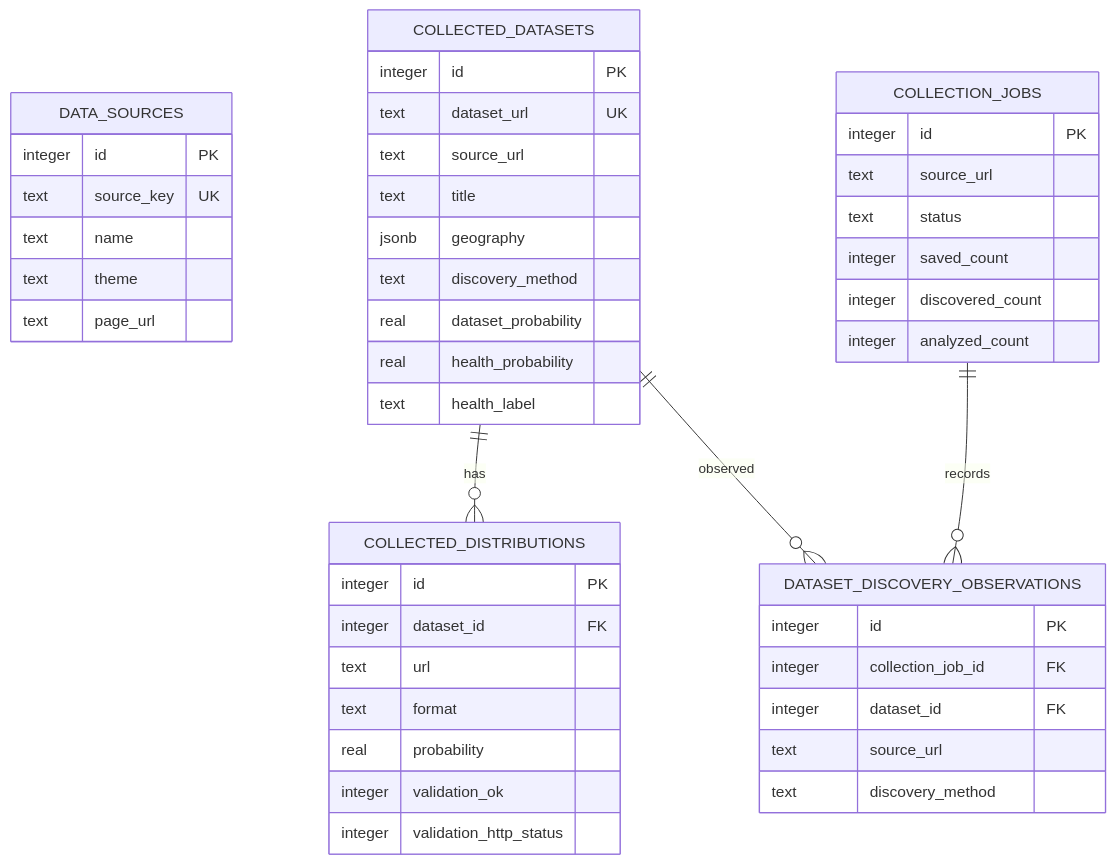
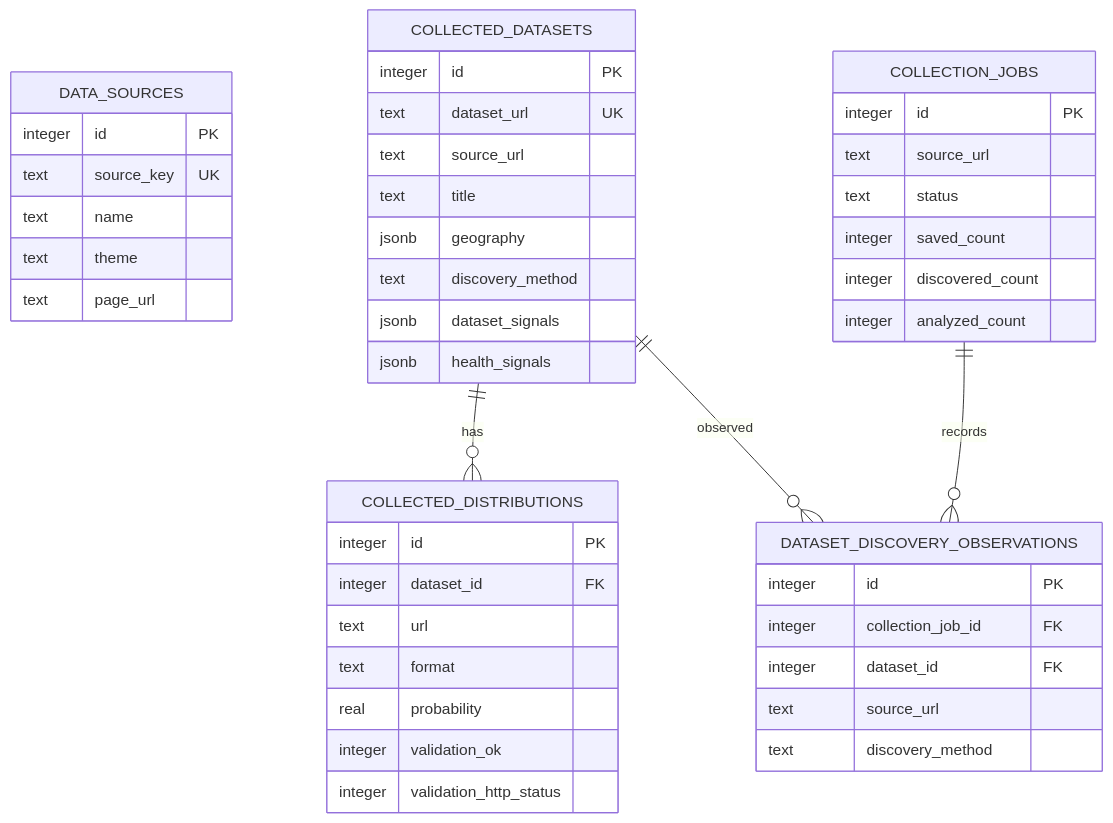
Before and after one commit to nicolasberlin/global-health-dataset-catalog: the ninth of 9 diagrams in docs/technical-design-document.md, drawn with Mermaid. The commit also changed other lines of this file and 48 other files, not shown here.

````diff
--- a/docs/technical-design-document.md
+++ b/docs/technical-design-document.md
@@ -649,49 +629,48 @@
 ```mermaid
 erDiagram
     DATA_SOURCES {
         integer id PK
         text source_key UK
         text name
         text theme
         text page_url
     }
     COLLECTED_DATASETS {
         integer id PK
         text dataset_url UK
         text source_url
         text title
         jsonb geography
         text discovery_method
-        real dataset_probability
-        real health_probability
-        text health_label
+        jsonb dataset_signals
+        jsonb health_signals
     }
     COLLECTED_DISTRIBUTIONS {
         integer id PK
         integer dataset_id FK
         text url
         text format
         real probability
         integer validation_ok
         integer validation_http_status
     }
     COLLECTION_JOBS {
         integer id PK
         text source_url
         text status
         integer saved_count
         integer discovered_count
         integer analyzed_count
     }
     DATASET_DISCOVERY_OBSERVATIONS {
         integer id PK
         integer collection_job_id FK
         integer dataset_id FK
         text source_url
         text discovery_method
     }
 
     COLLECTED_DATASETS ||--o{ COLLECTED_DISTRIBUTIONS : has
     COLLECTED_DATASETS ||--o{ DATASET_DISCOVERY_OBSERVATIONS : observed
     COLLECTION_JOBS ||--o{ DATASET_DISCOVERY_OBSERVATIONS : records
 ```
````
